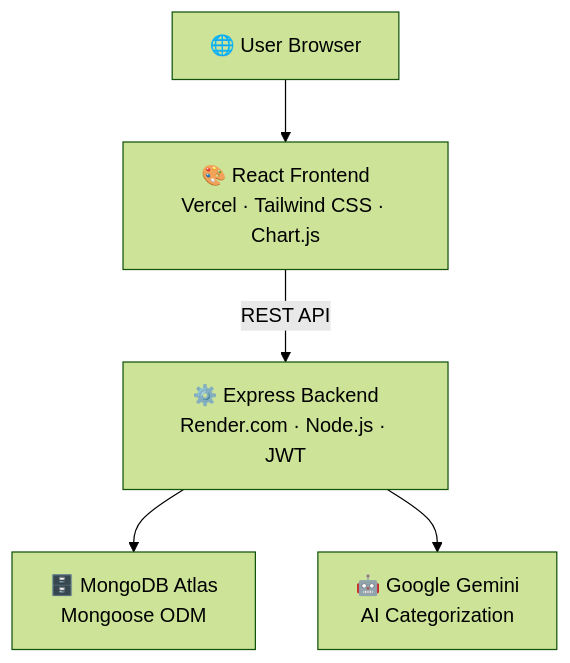
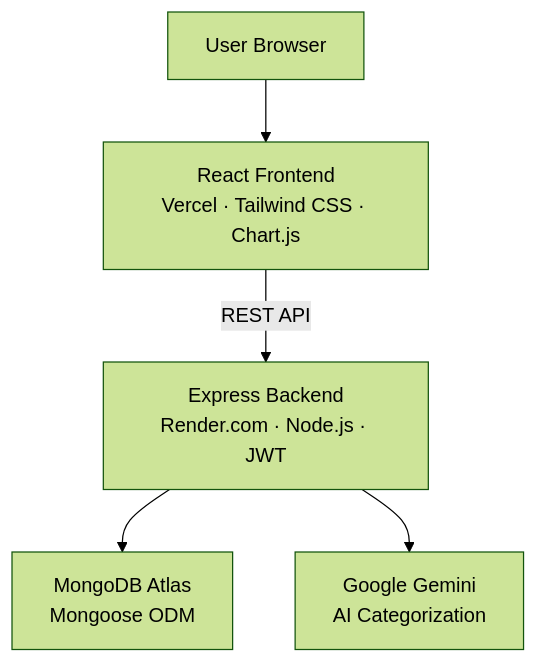
Before and after one commit to lohorisinha/Splyttr: the second of 2 diagrams in README.md, drawn with Mermaid (forest theme). The commit also changed other lines of this file, not shown here.

````diff
--- a/README.md
+++ b/README.md
@@ -29,8 +29,8 @@
 ```mermaid
 graph TD
-    U[🌐 User Browser] --> F
-    F["🎨 React Frontend\nVercel · Tailwind CSS · Chart.js"] -->|REST API| B
-    B["⚙️ Express Backend\nRender.com · Node.js · JWT"] --> DB & AI
-    DB["🗄️ MongoDB Atlas\nMongoose ODM"]
-    AI["🤖 Google Gemini\nAI Categorization"]
+    U[User Browser] --> F
+    F["React Frontend\nVercel · Tailwind CSS · Chart.js"] -->|REST API| B
+    B["Express Backend\nRender.com · Node.js · JWT"] --> DB & AI
+    DB["MongoDB Atlas\nMongoose ODM"]
+    AI["Google Gemini\nAI Categorization"]
 ```
````
